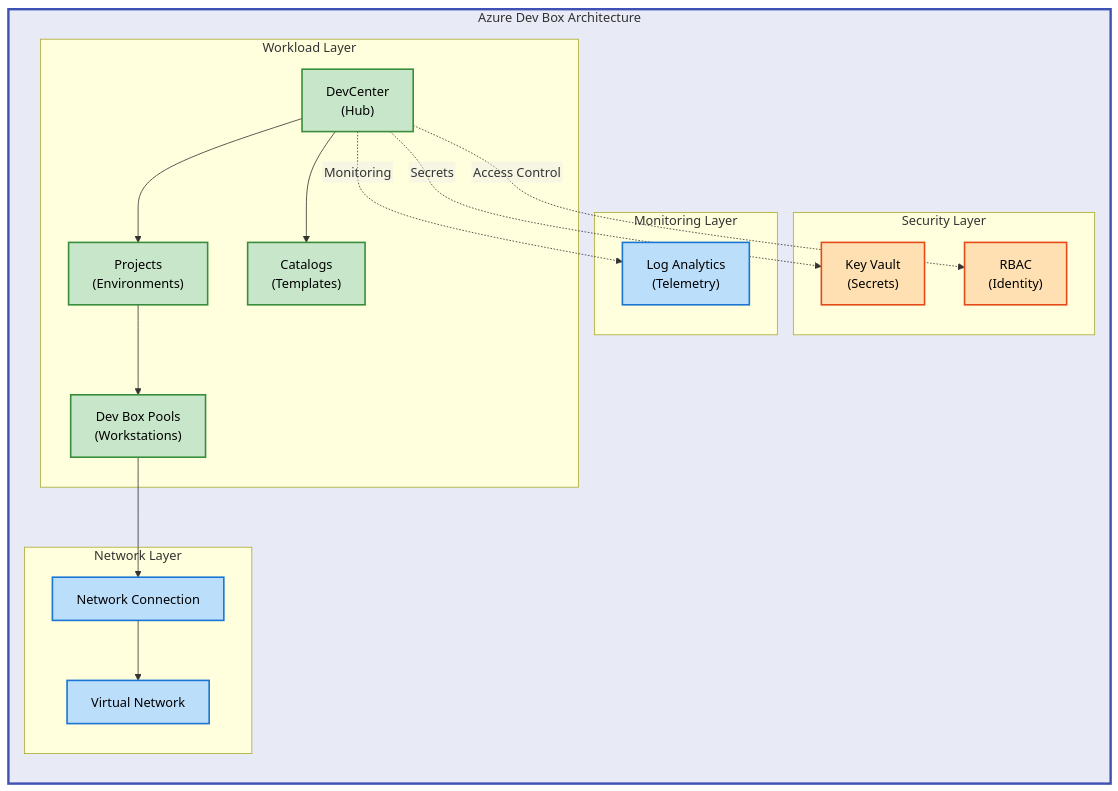
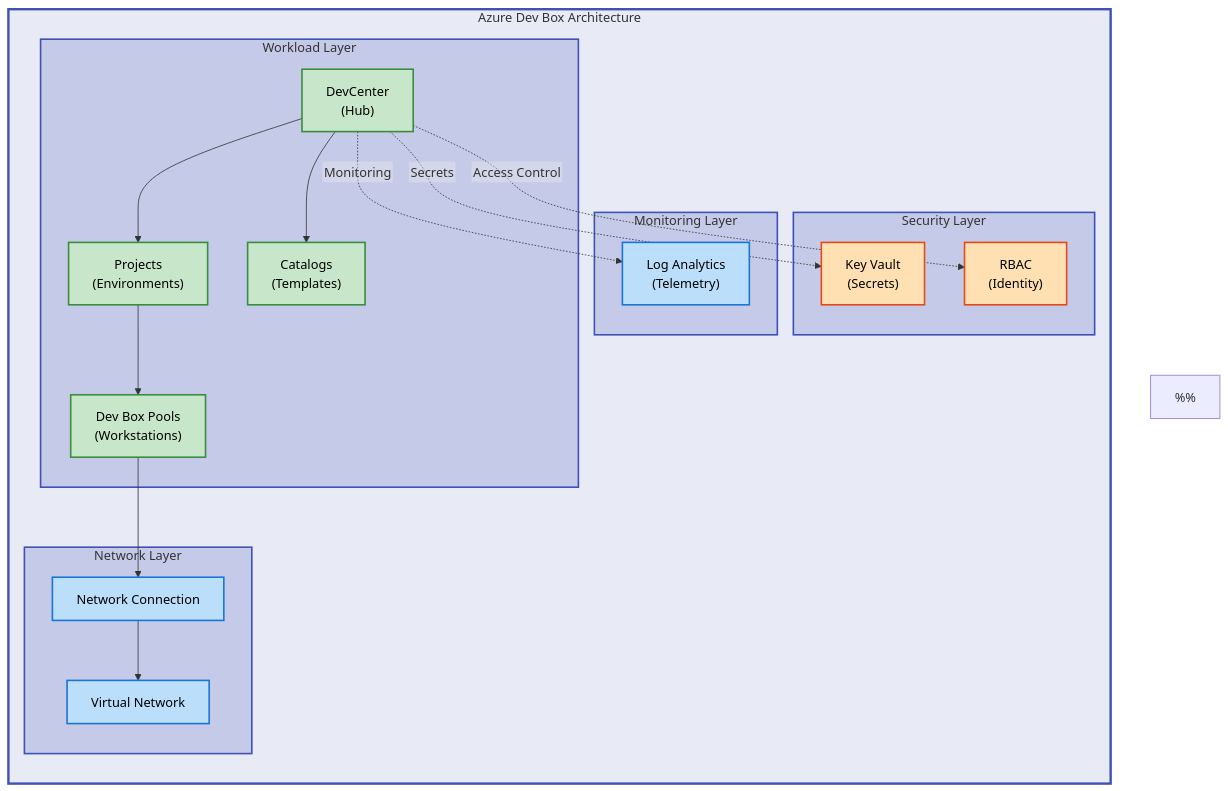
The diagram in README.md (Evilazaro/DevExp-DevBox), drawn with Mermaid before and after one commit.

Commit message:
Enhance architecture diagram in README.md with standardized color scheme and detailed comments for clarity

````diff
--- a/README.md
+++ b/README.md
@@ -65,45 +65,76 @@
 ```mermaid
 %%{init: {"flowchart": {"htmlLabels": false}} }%%
 flowchart TB
+    %% ============================================
+    %% STANDARD COLOR SCHEME - DO NOT MODIFY
+    %% ============================================
+    %% Level 1: Main Group (Neutral background)
+    %% Used for: Top-level architecture container
+    %% Color: Indigo 50 (#E8EAF6)
+    %%
+    %% Level 2: Sub Groups (Nested containers)
+    %% Used for: Layer groupings (Security, Monitoring, Workload, Network)
+    %% Color: Indigo 100 (#C5CAE9)
+    %%
+    %% Level 3: Content Nodes (Individual components)
+    %% Used for: Specific services and resources
+    %% Colors: Material Design semantic colors (Blue, Green, Orange)
+    %% ============================================
+
+    %% Main Group Level (Neutral background)
     classDef mainGroup fill:#E8EAF6,stroke:#3F51B5,stroke-width:3px,color:#000
+
+    %% Sub Group Level (Slightly darker for hierarchy)
+    classDef subGroup fill:#C5CAE9,stroke:#3F51B5,stroke-width:2px,color:#000
+
+    %% Content Level (Semantic colors)
     classDef mdBlue fill:#BBDEFB,stroke:#1976D2,stroke-width:2px,color:#000
     classDef mdGreen fill:#C8E6C9,stroke:#388E3C,stroke-width:2px,color:#000
     classDef mdOrange fill:#FFE0B2,stroke:#E64A19,stroke-width:2px,color:#000
 
+    %% Architecture: Hub-and-spoke model with layered concerns
+    %% Complexity: 3 levels (Main → Layers → Components)
     subgraph system["Azure Dev Box Architecture"]
         direction TB
 
         subgraph security["Security Layer"]
             kv["Key Vault<br/>(Secrets)"]:::mdOrange
             rbac["RBAC<br/>(Identity)"]:::mdOrange
         end
 
         subgraph monitoring["Monitoring Layer"]
             la["Log Analytics<br/>(Telemetry)"]:::mdBlue
         end
 
         subgraph workload["Workload Layer"]
             dc["DevCenter<br/>(Hub)"]:::mdGreen
             proj["Projects<br/>(Environments)"]:::mdGreen
             pools["Dev Box Pools<br/>(Workstations)"]:::mdGreen
             cat["Catalogs<br/>(Templates)"]:::mdGreen
         end
 
         subgraph connectivity["Network Layer"]
             vnet["Virtual Network"]:::mdBlue
             nc["Network Connection"]:::mdBlue
         end
 
+        %% Component relationships
         dc --> proj
         dc --> cat
         proj --> pools
         pools --> nc
         nc --> vnet
 
+        %% Cross-layer dependencies
         dc -.->|"Monitoring"| la
         dc -.->|"Secrets"| kv
         dc -.->|"Access Control"| rbac
     end
 
+    %% Apply hierarchical styling
     style system fill:#E8EAF6,stroke:#3F51B5,stroke-width:3px
+    style security fill:#C5CAE9,stroke:#3F51B5,stroke-width:2px
+    style monitoring fill:#C5CAE9,stroke:#3F51B5,stroke-width:2px
+    style workload fill:#C5CAE9,stroke:#3F51B5,stroke-width:2px
+    style connectivity fill:#C5CAE9,stroke:#3F51B5,stroke-width:2px
 ```
````
